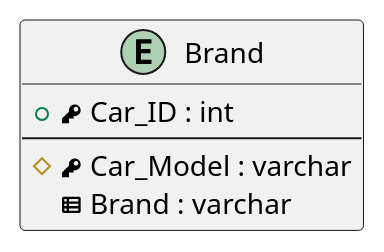
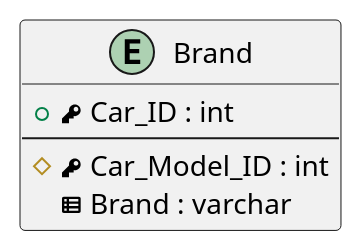
The diagram in Labs/Lab1/Tables/Entities/Brand.puml (DmitryVasilkovW/ITMO-Database-design-labs-4-sem), drawn with PlantUML before and after one commit. The commit also changed 9 other files, not shown here.

```diff
--- a/Labs/Lab1/Tables/Entities/Brand.puml
+++ b/Labs/Lab1/Tables/Entities/Brand.puml
@@ -1,9 +1,9 @@
 @startuml
 entity "Brand" as brand
 {
   + <&key> Car_ID : int
   --
-  # <&key> Car_Model : varchar
+  # <&key> Car_Model_ID : int
   <&spreadsheet> Brand : varchar
 }
 @enduml
```
